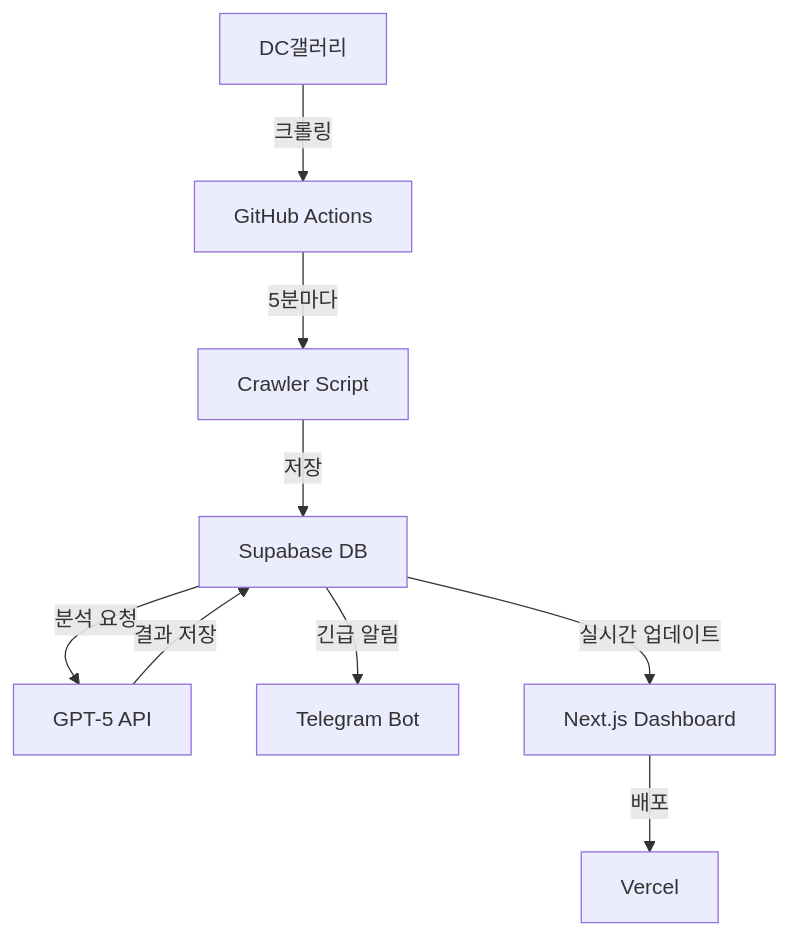
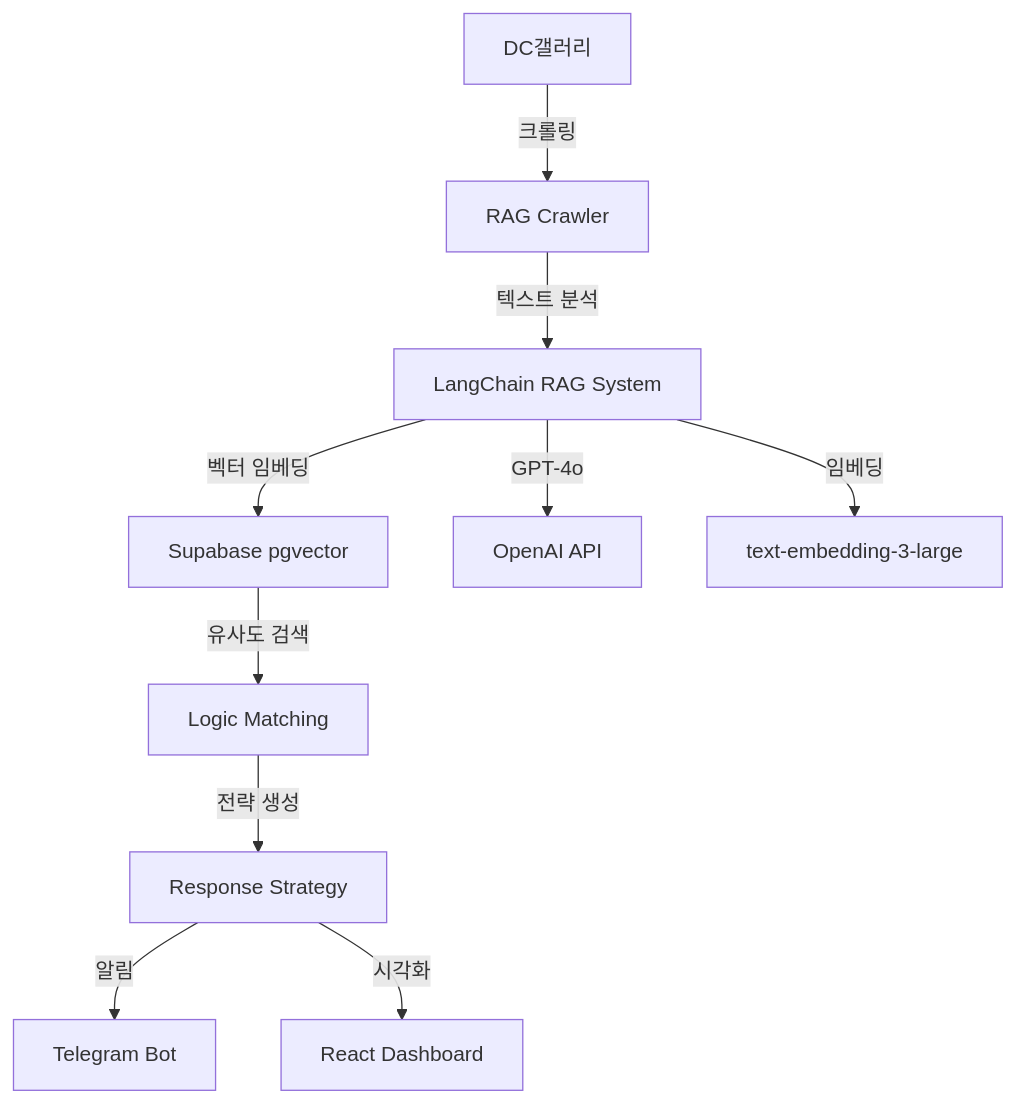
Before and after one commit to philo-kim/moniterdc: the diagram in README.md, drawn with Mermaid. The commit also changed other lines of this file and 20 other files, not shown here.

````diff
--- a/README.md
+++ b/README.md
@@ -89,11 +29,13 @@
 ```mermaid
-graph TD
-    A[DC갤러리] -->|크롤링| B[GitHub Actions]
-    B -->|5분마다| C[Crawler Script]
-    C -->|저장| D[Supabase DB]
-    D -->|분석 요청| E[GPT-5 API]
-    E -->|결과 저장| D
-    D -->|긴급 알림| F[Telegram Bot]
-    D -->|실시간 업데이트| G[Next.js Dashboard]
-    G -->|배포| H[Vercel]
+graph TB
+    A[DC갤러리] -->|크롤링| B[RAG Crawler]
+    B -->|텍스트 분석| C[LangChain RAG System]
+    C -->|벡터 임베딩| D[Supabase pgvector]
+    D -->|유사도 검색| E[Logic Matching]
+    E -->|전략 생성| F[Response Strategy]
+    F -->|알림| G[Telegram Bot]
+    F -->|시각화| H[React Dashboard]
+    
+    C -->|GPT-4o| I[OpenAI API]
+    C -->|임베딩| J[text-embedding-3-large]
 ```
````
